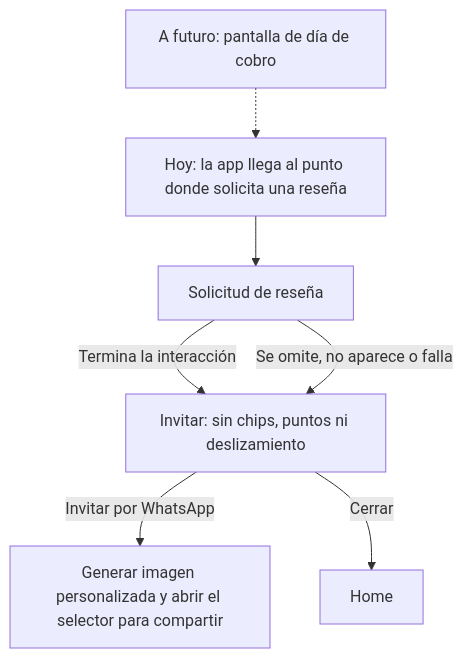
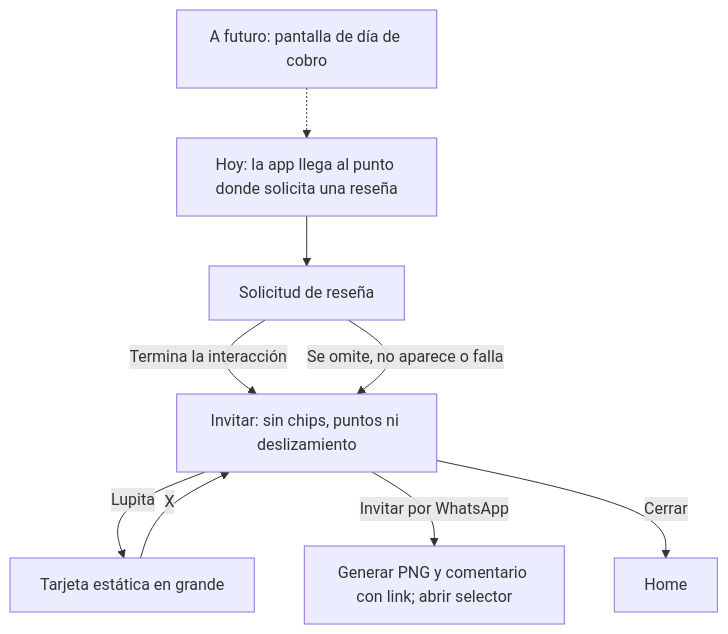
One commit to oscarmiranda90/tuturno-referidos-mini changed the second of 2 diagrams in README.md. Above: the diagram before and after it, drawn with Mermaid. The commit also changed other lines of this file and 41 other files, not shown here.

````diff
--- a/README.md
+++ b/README.md
@@ -61,9 +76,11 @@
 ```mermaid
 flowchart TD
     F["A futuro: pantalla de día de cobro"] -.-> E
     E["Hoy: la app llega al punto donde solicita una reseña"] --> Q["Solicitud de reseña"]
     Q -->|Termina la interacción| I["Invitar: sin chips, puntos ni deslizamiento"]
     Q -->|Se omite, no aparece o falla| I
-    I -->|Invitar por WhatsApp| G["Generar imagen personalizada y abrir el selector para compartir"]
+    I -->|Lupita| P["Tarjeta estática en grande"]
+    P -->|X| I
+    I -->|Invitar por WhatsApp| G["Generar PNG y comentario con link; abrir selector"]
     I -->|Cerrar| H["Home"]
 ```
````
